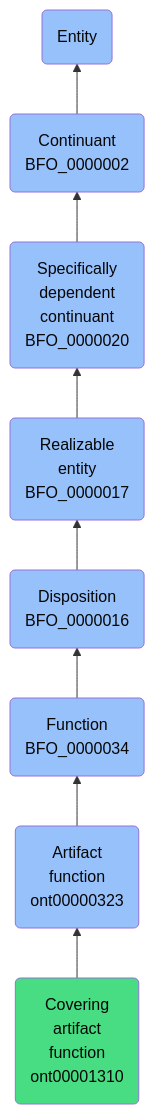
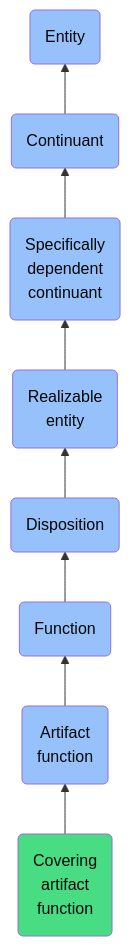
Before and after one commit to jupyter-naas/abi: the diagram in docs/ontology/reference/model/Entity/Continuant/Specifically dependent continuant/Realizable entity/Disposition/Function/Artifact function/Covering artifact function/Covering artifact function.md, drawn with Mermaid. The commit also changed other lines of this file and 1430 other files, not shown here.

````diff
--- a/docs/ontology/reference/model/Entity/Continuant/Specifically dependent continuant/Realizable entity/Disposition/Function/Artifact function/Covering artifact function/Covering artifact function.md
+++ b/docs/ontology/reference/model/Entity/Continuant/Specifically dependent continuant/Realizable entity/Disposition/Function/Artifact function/Covering artifact function/Covering artifact function.md
@@ -24,15 +24,15 @@
 ```mermaid
 graph BT
-    ont00001310(Covering<br>artifact<br>function<br>ont00001310):::ABI-->ont00000323
-    ont00000323(Artifact<br>function<br>ont00000323):::BFO-->BFO_0000034
-    BFO_0000034(Function<br>BFO_0000034):::BFO-->BFO_0000016
-    BFO_0000016(Disposition<br>BFO_0000016):::BFO-->BFO_0000017
-    BFO_0000017(Realizable<br>entity<br>BFO_0000017):::BFO-->BFO_0000020
-    BFO_0000020(Specifically<br>dependent<br>continuant<br>BFO_0000020):::BFO-->BFO_0000002
-    BFO_0000002(Continuant<br>BFO_0000002):::BFO-->BFO_0000001
+    ont00001310(Covering<br>artifact<br>function):::ABI-->ont00000323
+    ont00000323(Artifact<br>function):::BFO-->BFO_0000034
+    BFO_0000034(Function):::BFO-->BFO_0000016
+    BFO_0000016(Disposition):::BFO-->BFO_0000017
+    BFO_0000017(Realizable<br>entity):::BFO-->BFO_0000020
+    BFO_0000020(Specifically<br>dependent<br>continuant):::BFO-->BFO_0000002
+    BFO_0000002(Continuant):::BFO-->BFO_0000001
     BFO_0000001(Entity):::BFO
     
     classDef BFO fill:#97c1fb,color:#060606
     classDef CCO fill:#e4c51e,color:#060606
     classDef ABI fill:#48DD82,color:#060606
 ```
````
